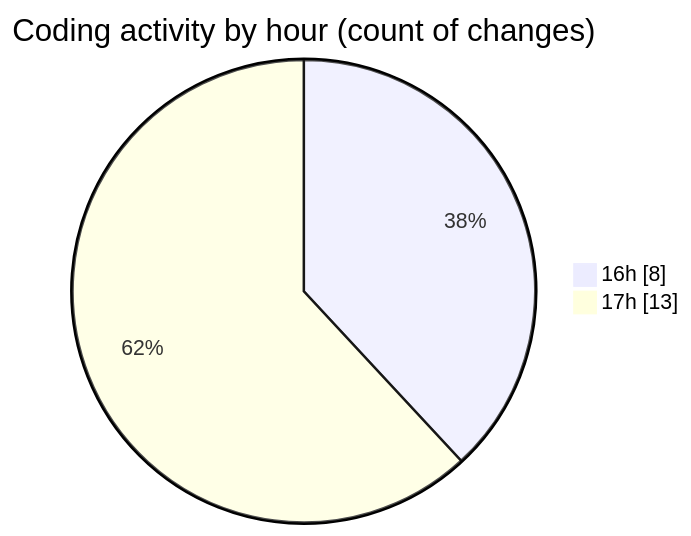
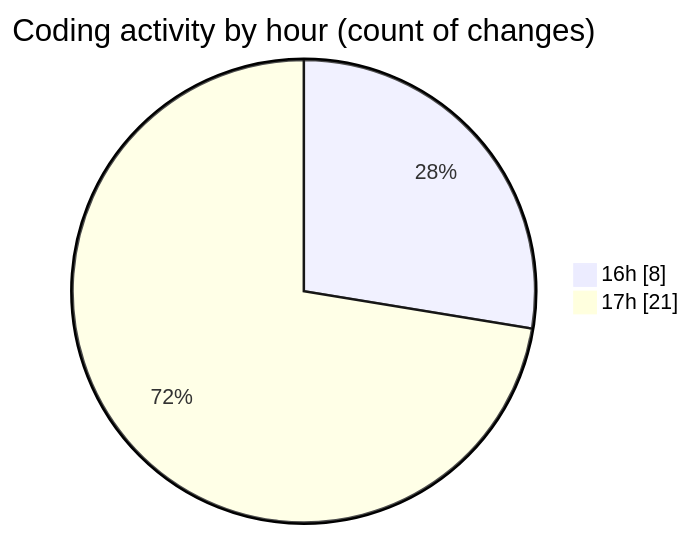
One commit to robertbonfada/code-tracking changed the second of 2 diagrams in 2025-01-08/mbc-web/README.md. Above: the diagram before and after it, drawn with Mermaid. The commit also changed other lines of this file and 1 other file, not shown here.

````diff
--- a/2025-01-08/mbc-web/README.md
+++ b/2025-01-08/mbc-web/README.md
@@ -36,6 +42,6 @@
 ```mermaid
 pie showData
 title Coding activity by hour (count of changes)
 "16h" : 8
-"17h" : 13
+"17h" : 21
 ```
````
